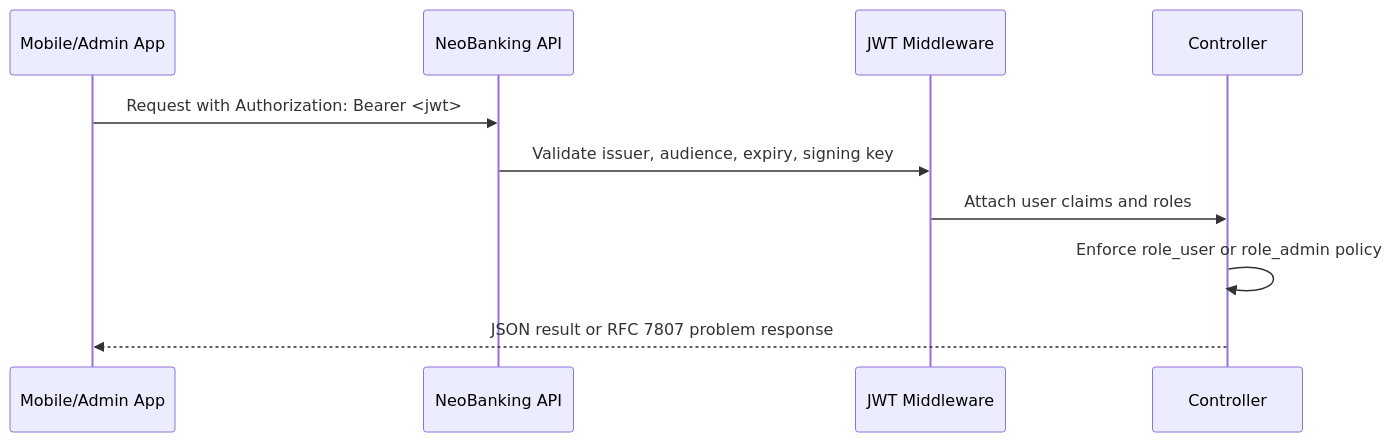
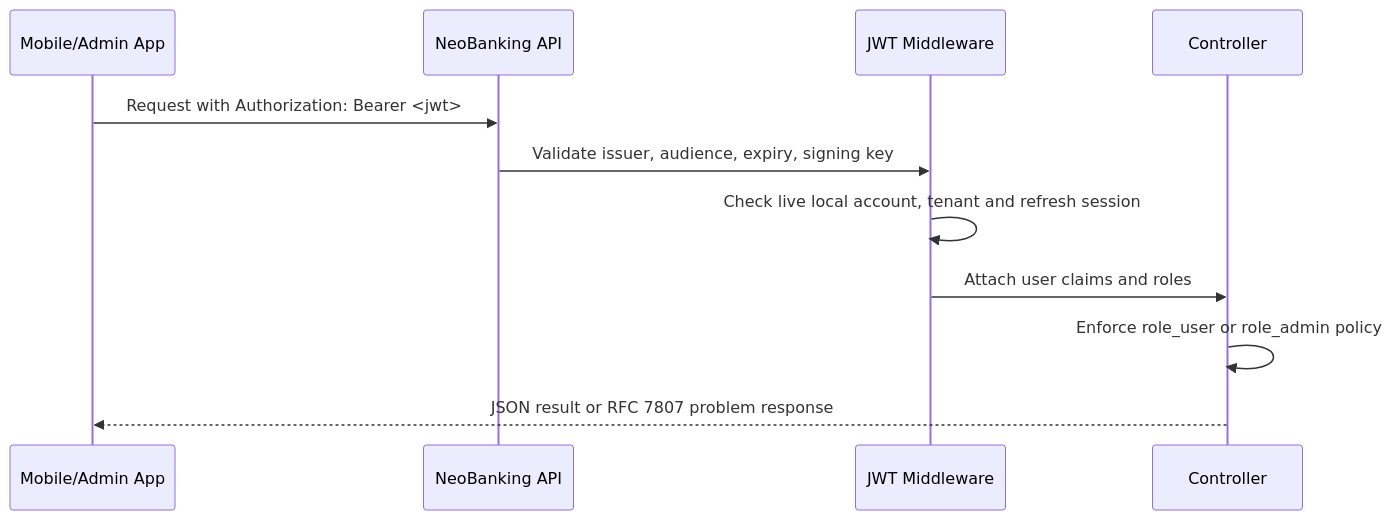
The second of 6 diagrams in docs/customer-implementation-guide.md (quickbit-pro/example_app), drawn with Mermaid before and after one commit. The commit also changed other lines of this file and 51 other files, not shown here.

````diff
--- a/docs/customer-implementation-guide.md
+++ b/docs/customer-implementation-guide.md
@@ -79,13 +79,14 @@
 ```mermaid
 sequenceDiagram
     participant App as Mobile/Admin App
     participant Api as NeoBanking API
     participant Auth as JWT Middleware
     participant Controller as Controller
 
     App->>Api: Request with Authorization: Bearer <jwt>
     Api->>Auth: Validate issuer, audience, expiry, signing key
+    Auth->>Auth: Check live local account, tenant and refresh session
     Auth->>Controller: Attach user claims and roles
     Controller->>Controller: Enforce role_user or role_admin policy
     Controller-->>App: JSON result or RFC 7807 problem response
 ```
````
